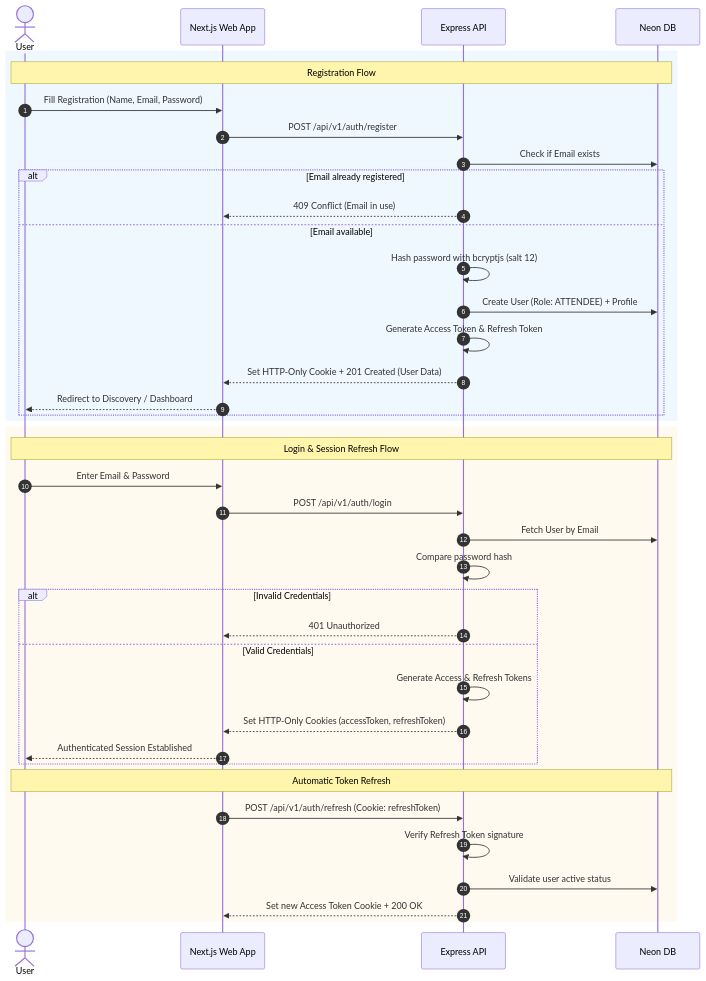
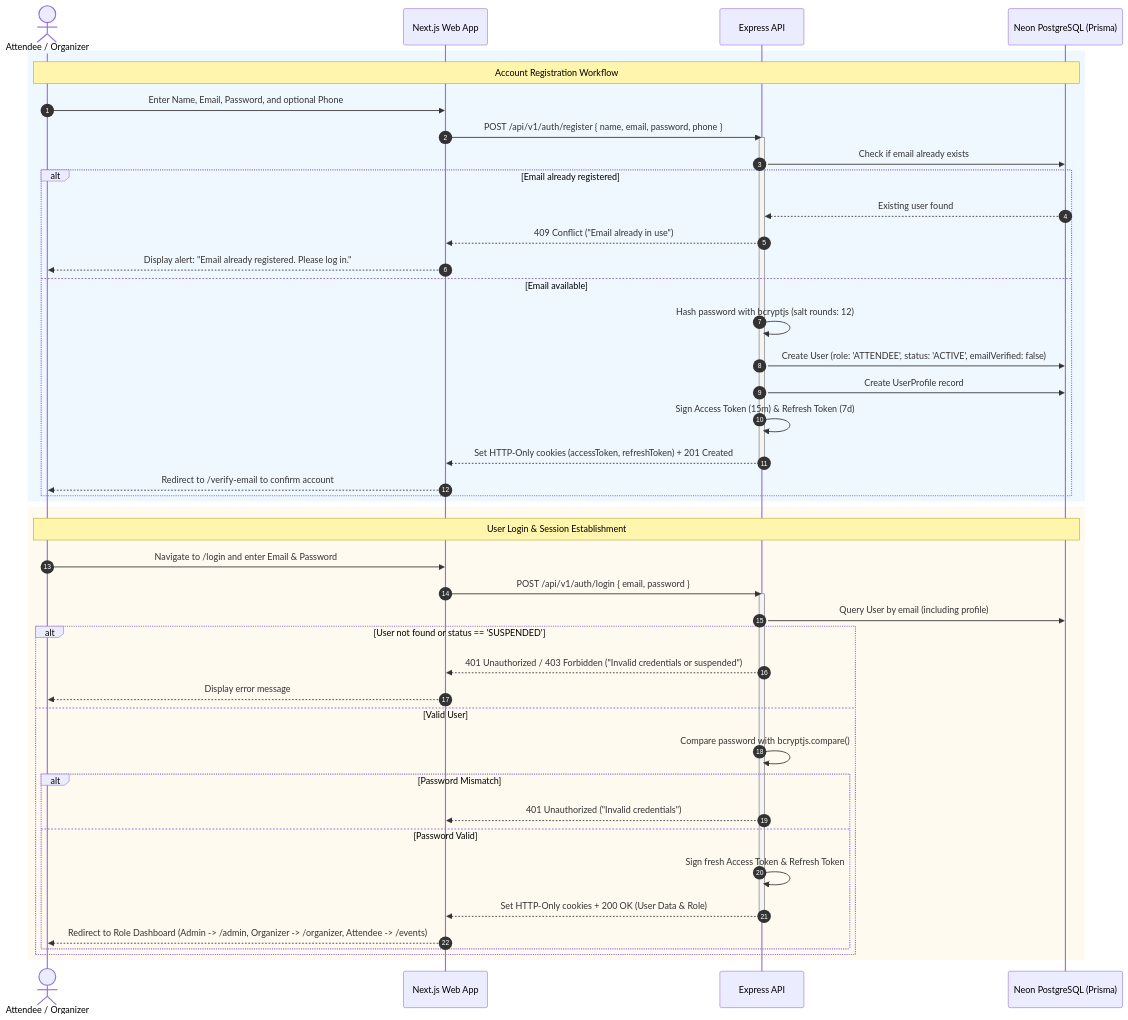
One commit to meiyarasam/eventra-event-booking changed the first of 10 diagrams in docs/flows.md. Above: the diagram before and after it, drawn with Mermaid. The commit also changed other lines of this file and 5 other files, not shown here.

````diff
--- a/docs/flows.md
+++ b/docs/flows.md
@@ -9,47 +11,53 @@
 ```mermaid
 sequenceDiagram
     autonumber
-    actor User
+    actor User as Attendee / Organizer
     participant Web as Next.js Web App
     participant API as Express API
-    participant DB as Neon DB
+    participant DB as Neon PostgreSQL (Prisma)
 
     %% Registration
     rect rgb(240, 248, 255)
-    Note over User,DB: Registration Flow
-    User->>Web: Fill Registration (Name, Email, Password)
-    Web->>API: POST /api/v1/auth/register
-    API->>DB: Check if Email exists
+    Note over User,DB: Account Registration Workflow
+    User->>Web: Enter Name, Email, Password, and optional Phone
+    Web->>API: POST /api/v1/auth/register { name, email, password, phone }
+    activate API
+    API->>DB: Check if email already exists
     alt Email already registered
-        API-->>Web: 409 Conflict (Email in use)
+        DB-->>API: Existing user found
+        API-->>Web: 409 Conflict ("Email already in use")
+        Web-->>User: Display alert: "Email already registered. Please log in."
     else Email available
-        API->>API: Hash password with bcryptjs (salt 12)
-        API->>DB: Create User (Role: ATTENDEE) + Profile
-        API->>API: Generate Access Token & Refresh Token
-        API-->>Web: Set HTTP-Only Cookie + 201 Created (User Data)
-        Web-->>User: Redirect to Discovery / Dashboard
+        API->>API: Hash password with bcryptjs (salt rounds: 12)
+        API->>DB: Create User (role: 'ATTENDEE', status: 'ACTIVE', emailVerified: false)
+        API->>DB: Create UserProfile record
+        API->>API: Sign Access Token (15m) & Refresh Token (7d)
+        API-->>Web: Set HTTP-Only cookies (accessToken, refreshToken) + 201 Created
+        deactivate API
+        Web-->>User: Redirect to /verify-email to confirm account
     end
     end
 
     %% Login & Session Refresh
     rect rgb(255, 250, 240)
-    Note over User,DB: Login & Session Refresh Flow
-    User->>Web: Enter Email & Password
-    Web->>API: POST /api/v1/auth/login
-    API->>DB: Fetch User by Email
-    API->>API: Compare password hash
-    alt Invalid Credentials
-        API-->>Web: 401 Unauthorized
-    else Valid Credentials
-        API->>API: Generate Access & Refresh Tokens
-        API-->>Web: Set HTTP-Only Cookies (accessToken, refreshToken)
-        Web-->>User: Authenticated Session Established
+    Note over User,DB: User Login & Session Establishment
+    User->>Web: Navigate to /login and enter Email & Password
+    Web->>API: POST /api/v1/auth/login { email, password }
+    activate API
+    API->>DB: Query User by email (including profile)
+    alt User not found or status == 'SUSPENDED'
+        API-->>Web: 401 Unauthorized / 403 Forbidden ("Invalid credentials or suspended")
+        Web-->>User: Display error message
+    else Valid User
+        API->>API: Compare password with bcryptjs.compare()
+        alt Password Mismatch
+            API-->>Web: 401 Unauthorized ("Invalid credentials")
+        else Password Valid
+            API->>API: Sign fresh Access Token & Refresh Token
+            API-->>Web: Set HTTP-Only cookies + 200 OK (User Data & Role)
+            deactivate API
+            Web-->>User: Redirect to Role Dashboard (Admin -> /admin, Organizer -> /organizer, Attendee -> /events)
+        end
     end
-
-    Note over User,DB: Automatic Token Refresh
-    Web->>API: POST /api/v1/auth/refresh (Cookie: refreshToken)
-    API->>API: Verify Refresh Token signature
-    API->>DB: Validate user active status
-    API-->>Web: Set new Access Token Cookie + 200 OK
     end
 ```
````
